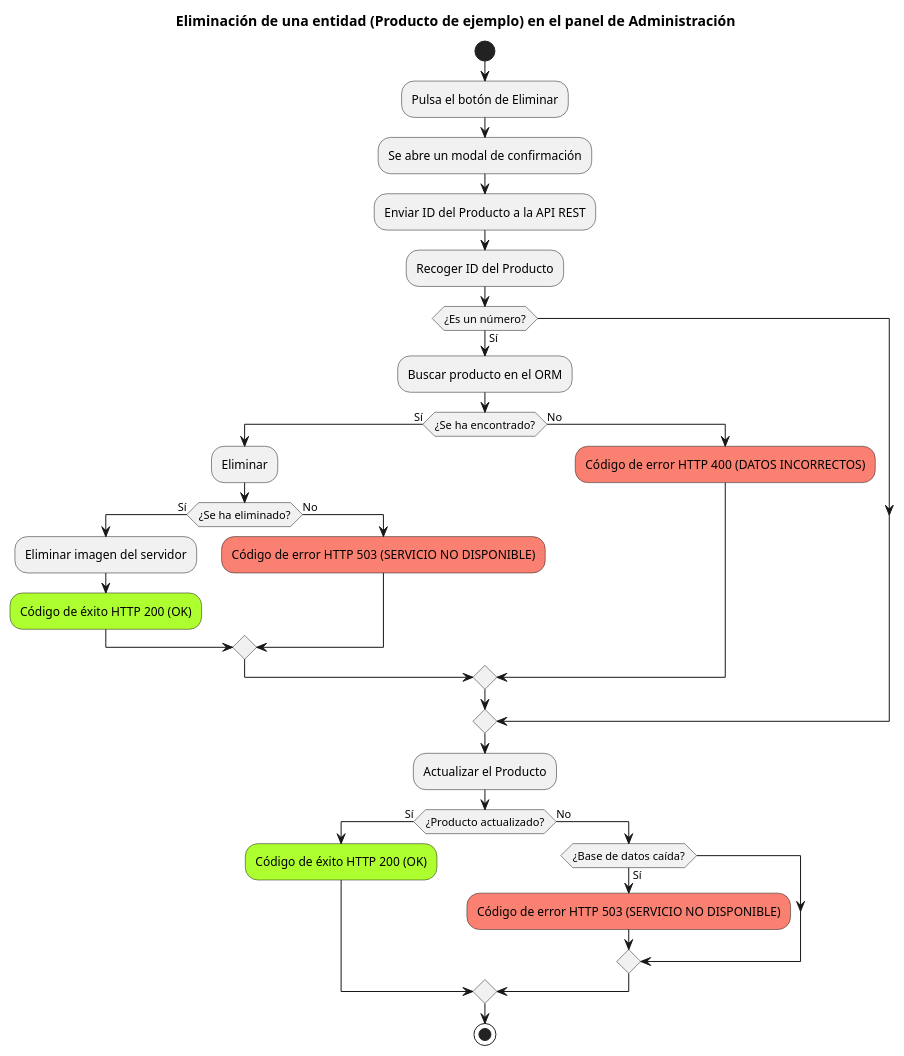
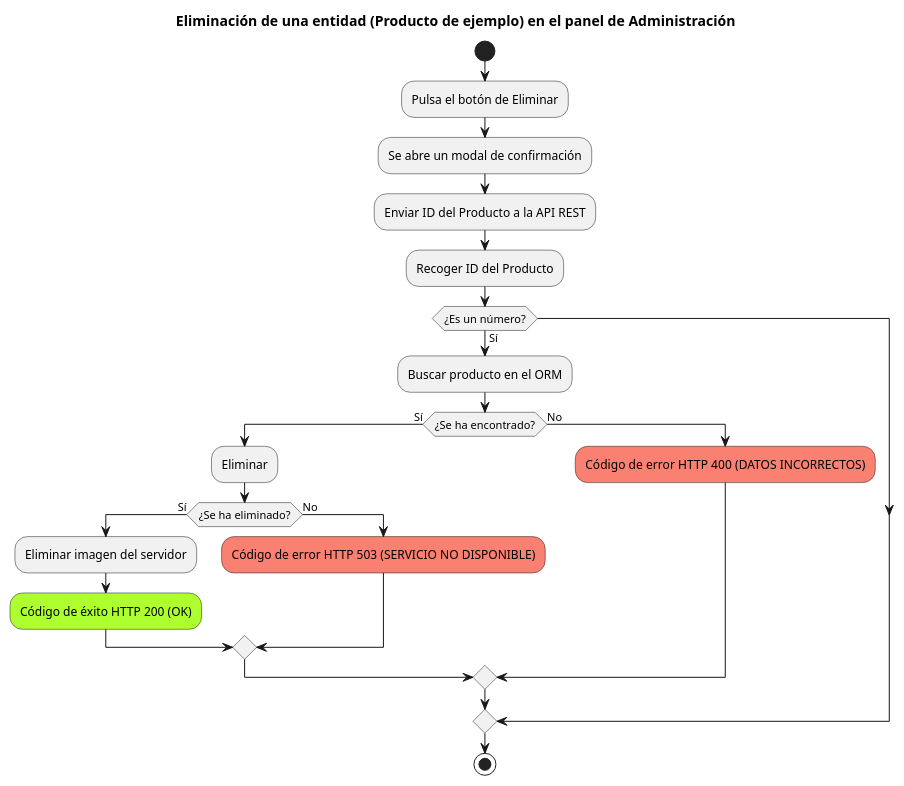
Before and after one commit to josejulio1/Tienda-Web: the diagram in diagrams/flowchart/Delete.puml, drawn with PlantUML. The commit also changed 1 other file, not shown here.

```diff
--- a/diagrams/flowchart/Delete.puml
+++ b/diagrams/flowchart/Delete.puml
@@ -1,34 +1,25 @@
 @startuml
 title Eliminación de una entidad (Producto de ejemplo) en el panel de Administración
 
 start
 
 :Pulsa el botón de Eliminar;
 :Se abre un modal de confirmación;
 :Enviar ID del Producto a la API REST;
 :Recoger ID del Producto;
 if (¿Es un número?) then (Sí)
     :Buscar producto en el ORM;
     if (¿Se ha encontrado?) then (Sí)
         :Eliminar;
         if (¿Se ha eliminado?) then (Sí)
             :Eliminar imagen del servidor;
             #greenyellow:Código de éxito HTTP 200 (OK);
         else (No)
             #salmon:Código de error HTTP 503 (SERVICIO NO DISPONIBLE);
         endif
     else (No)
         #salmon:Código de error HTTP 400 (DATOS INCORRECTOS);
     endif
 endif
-:Actualizar el Producto;
-if (¿Producto actualizado?) then (Sí)
-    #greenyellow:Código de éxito HTTP 200 (OK);
-else (No)
-    if (¿Base de datos caída?) then (Sí)
-        #salmon:Código de error HTTP 503 (SERVICIO NO DISPONIBLE);
-    endif
-endif
-
 stop
 @enduml
```
